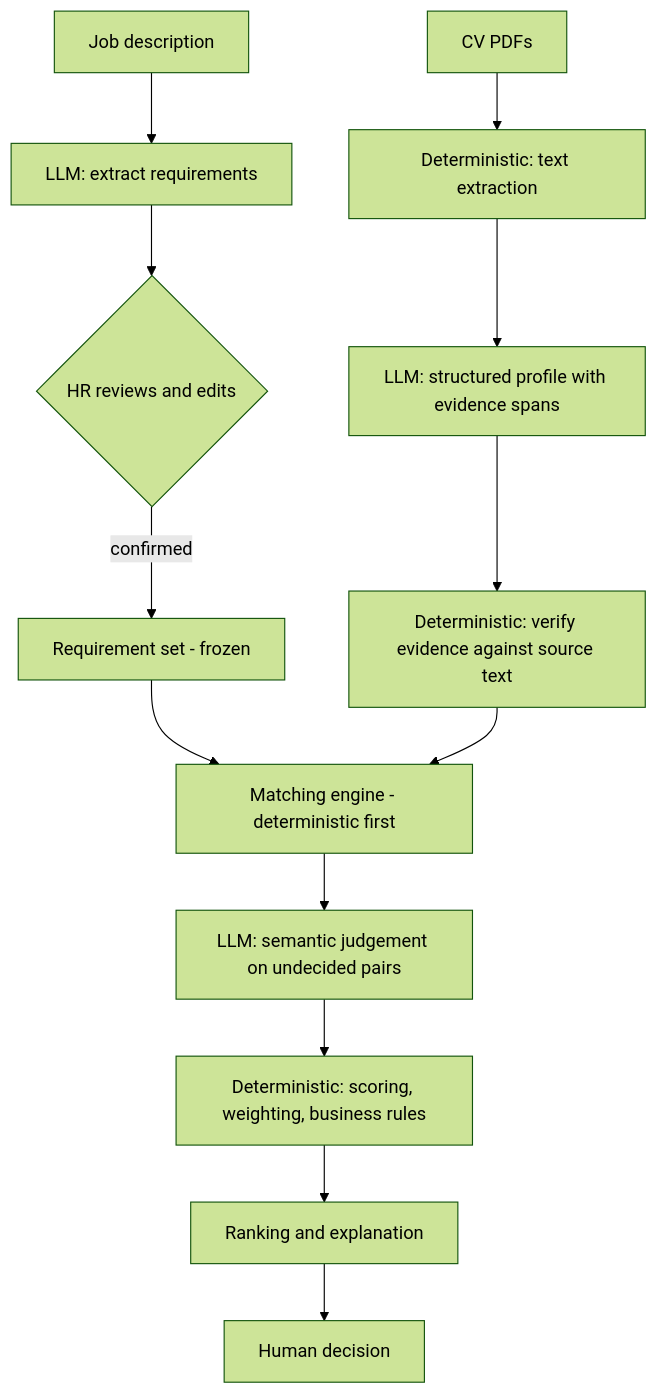
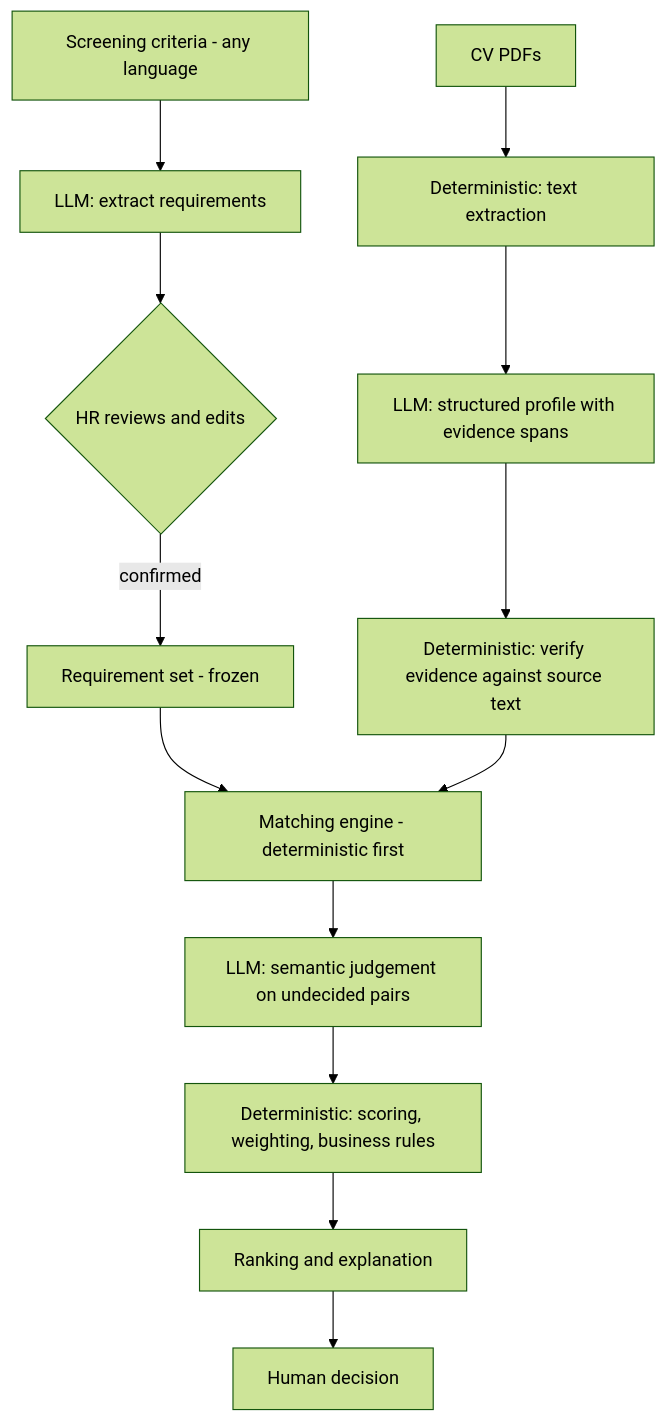
One commit to justinchristroper-arch/ai-cv-screener changed the diagram in README.md. Above: the diagram before and after it, drawn with Mermaid (forest theme). The commit also changed other lines of this file and 22 other files, not shown here.

````diff
--- a/README.md
+++ b/README.md
@@ -104,15 +281,15 @@
 ```mermaid
 flowchart TD
-    A[Job description] --> B[LLM: extract requirements]
+    A[Screening criteria - any language] --> B[LLM: extract requirements]
     B --> C{HR reviews and edits}
     C -->|confirmed| D[Requirement set - frozen]
     E[CV PDFs] --> F[Deterministic: text extraction]
     F --> G[LLM: structured profile with evidence spans]
     G --> H[Deterministic: verify evidence against source text]
     D --> I[Matching engine - deterministic first]
     H --> I
     I --> J[LLM: semantic judgement on undecided pairs]
     J --> K[Deterministic: scoring, weighting, business rules]
     K --> L[Ranking and explanation]
     L --> M[Human decision]
 ```
````
